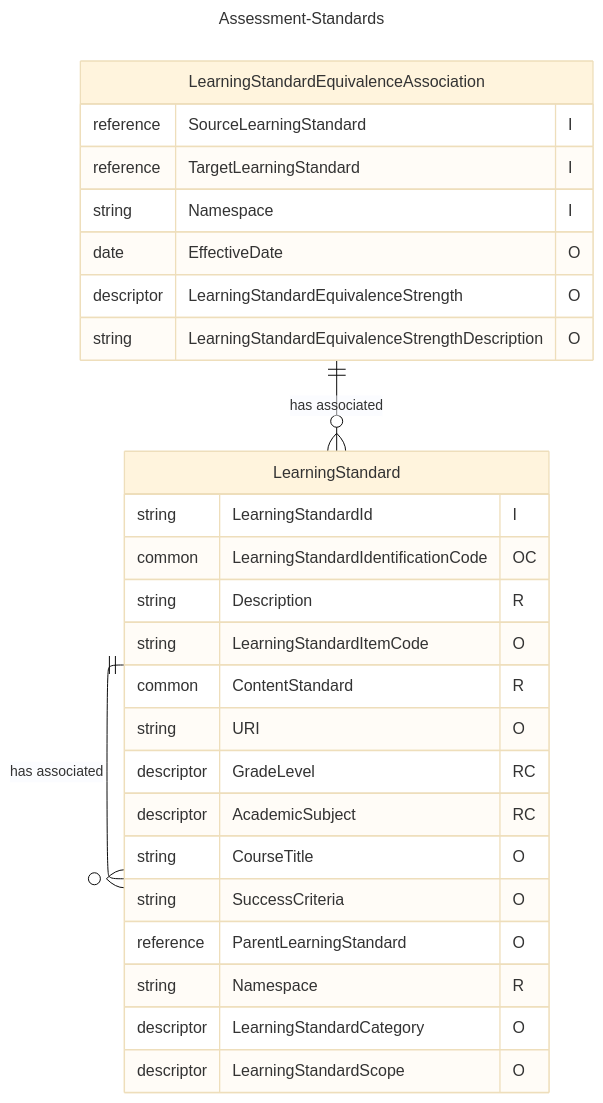
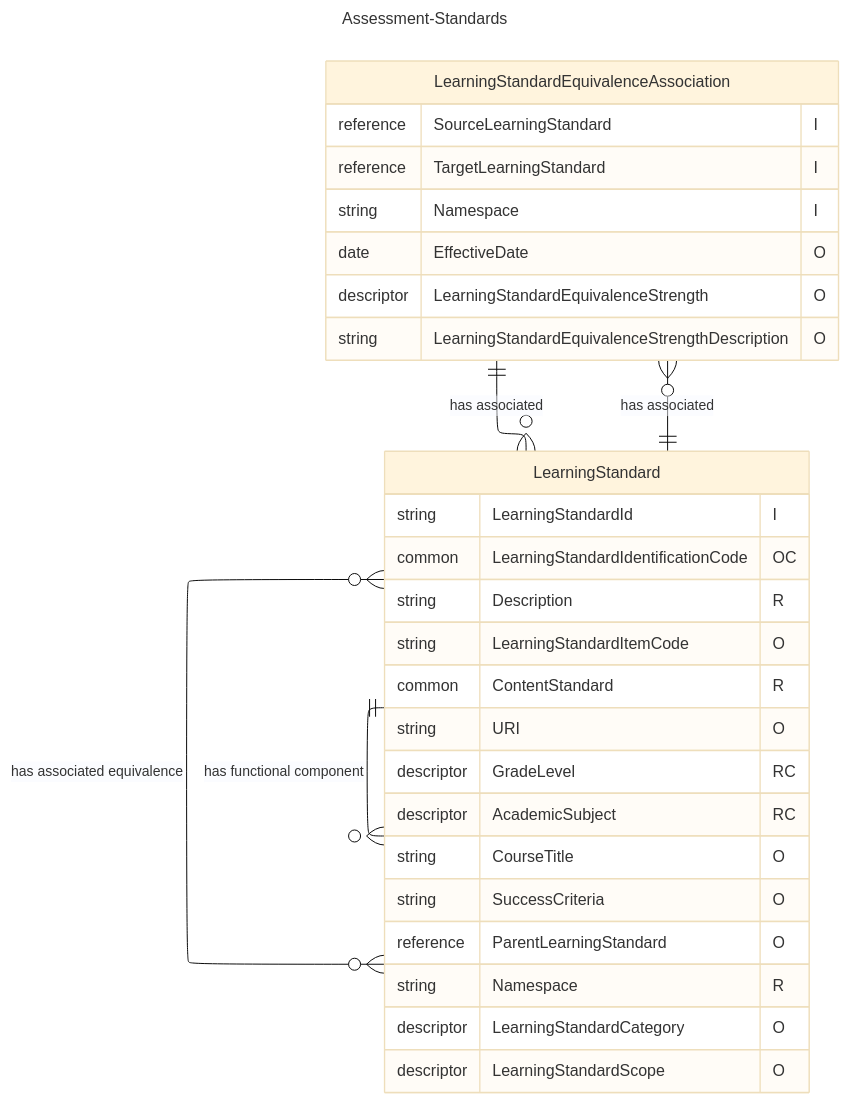
One commit to Ed-Fi-Alliance-OSS/Ed-Fi-Data-Standard changed the diagram in Models/Models/Assessment-Standards.mmd. Above: the diagram before and after it, drawn with Mermaid (base theme). The commit also changed 3 other files, not shown here.

```diff
--- a/Models/Models/Assessment-Standards.mmd
+++ b/Models/Models/Assessment-Standards.mmd
@@ -1,32 +1,34 @@
 ---
 title: Assessment-Standards
 config:
   layout: elk
 ---
 erDiagram
     LearningStandard {
         string LearningStandardId "I"
         common LearningStandardIdentificationCode "OC"
         string Description "R"
         string LearningStandardItemCode "O"
         common ContentStandard "R"
         string URI "O"
         descriptor GradeLevel "RC"
         descriptor AcademicSubject "RC"
         string CourseTitle "O"
         string SuccessCriteria "O"
         reference ParentLearningStandard "O"
         string Namespace "R"
         descriptor LearningStandardCategory "O"
         descriptor LearningStandardScope "O"
     }
     LearningStandardEquivalenceAssociation {
         reference SourceLearningStandard "I"
         reference TargetLearningStandard "I"
         string Namespace "I"
         date EffectiveDate "O"
         descriptor LearningStandardEquivalenceStrength "O"
         string LearningStandardEquivalenceStrengthDescription "O"
     }
-    LearningStandard ||--o{ LearningStandard : "has associated"
+    LearningStandard ||--o{ LearningStandard : "has functional component"
+    LearningStandardEquivalenceAssociation }o--|| LearningStandard : "has associated"
     LearningStandardEquivalenceAssociation ||--o{ LearningStandard : "has associated"
+    LearningStandard }o--o{ LearningStandard : "has associated equivalence"
```
